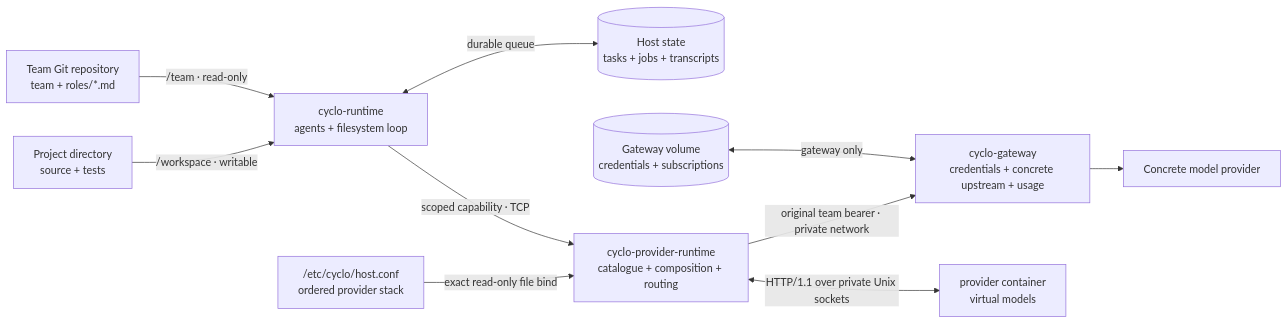
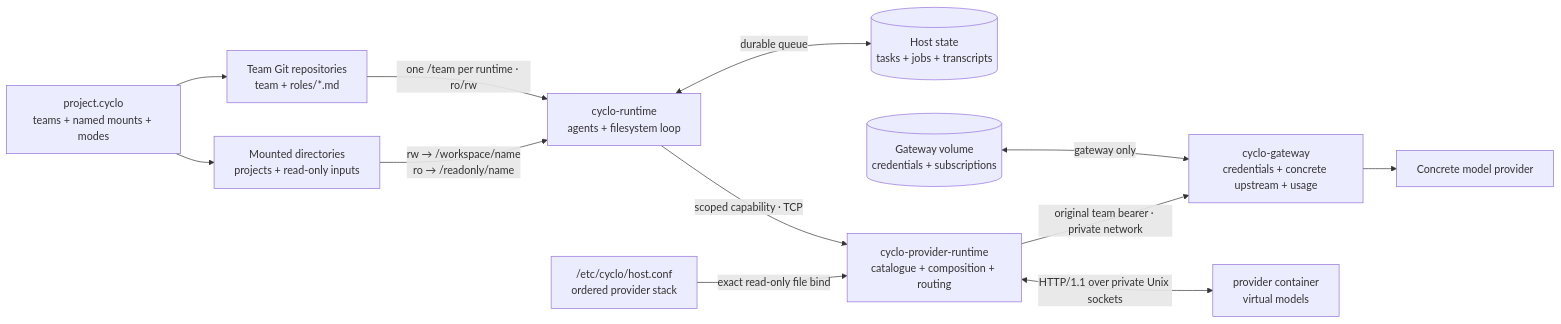
Before and after one commit to nekkoai/cyclo: the diagram in README.md, drawn with Mermaid. The commit also changed other lines of this file and 5 other files, not shown here.

````diff
--- a/README.md
+++ b/README.md
@@ -189,23 +205,26 @@
 ```mermaid
 flowchart LR
-    T["Team Git repository<br/>team + roles/*.md"]
-    P["Project directory<br/>source + tests"]
+    D["project.cyclo<br/>teams + named mounts + modes"]
+    T["Team Git repositories<br/>team + roles/*.md"]
+    P["Mounted directories<br/>projects + read-only inputs"]
     R["cyclo-runtime<br/>agents + filesystem loop"]
     S[("Host state<br/>tasks + jobs + transcripts")]
     X["cyclo-provider-runtime<br/>catalogue + composition + routing"]
     G["cyclo-gateway<br/>credentials + concrete upstream + usage"]
     H["/etc/cyclo/host.conf<br/>ordered provider stack"]
     C["provider container<br/>virtual models"]
     V[("Gateway volume<br/>credentials + subscriptions")]
     M["Concrete model provider"]
 
-    T -->|/team · read-only| R
-    P -->|/workspace · writable| R
+    D --> T
+    D --> P
+    T -->|one /team per runtime · ro/rw| R
+    P -->|rw → /workspace/name<br/>ro → /readonly/name| R
     R <-->|durable queue| S
     R -->|scoped capability · TCP| X
     V <-->|gateway only| G
     H -->|exact read-only file bind| X
     X <-->|HTTP/1.1 over private Unix sockets| C
     X -->|original team bearer · private network| G
     G --> M
 ```
````
